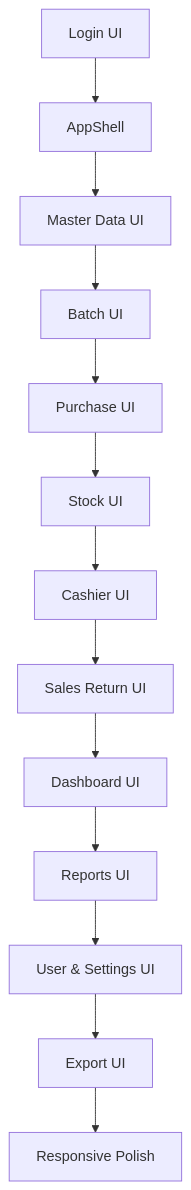
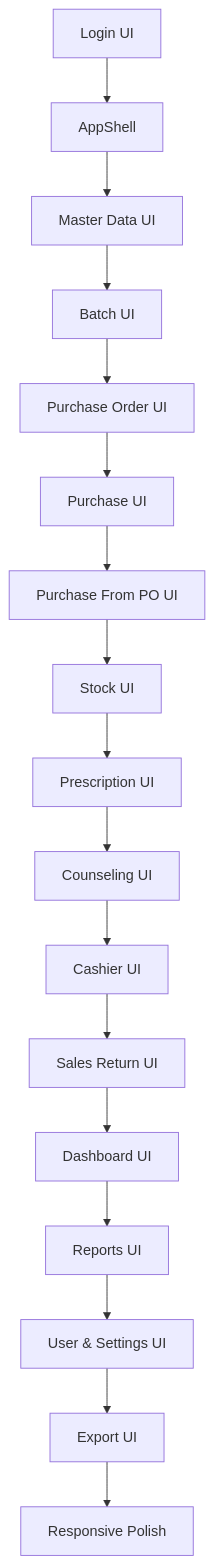
Before and after one commit to suju0227/pos_apotek_risyah: the second of 2 diagrams in docs/05_TASK_BREAKDOWN_POS_APOTEK.md, drawn with Mermaid. The commit also changed other lines of this file and 24 other files, not shown here.

````diff
--- a/docs/05_TASK_BREAKDOWN_POS_APOTEK.md
+++ b/docs/05_TASK_BREAKDOWN_POS_APOTEK.md
@@ -2227,15 +2810,19 @@
 ```mermaid
 flowchart TD
     A[Login UI] --> B[AppShell]
     B --> C[Master Data UI]
     C --> D[Batch UI]
-    D --> E[Purchase UI]
-    E --> F[Stock UI]
-    F --> G[Cashier UI]
+    D --> D1[Purchase Order UI]
+    D1 --> E[Purchase UI]
+    E --> E1[Purchase From PO UI]
+    E1 --> F[Stock UI]
+    F --> F1[Prescription UI]
+    F1 --> F2[Counseling UI]
+    F2 --> G[Cashier UI]
     G --> H[Sales Return UI]
     H --> I[Dashboard UI]
     I --> J[Reports UI]
     J --> J1[User & Settings UI]
     J1 --> K[Export UI]
     K --> L[Responsive Polish]
 ```
````
